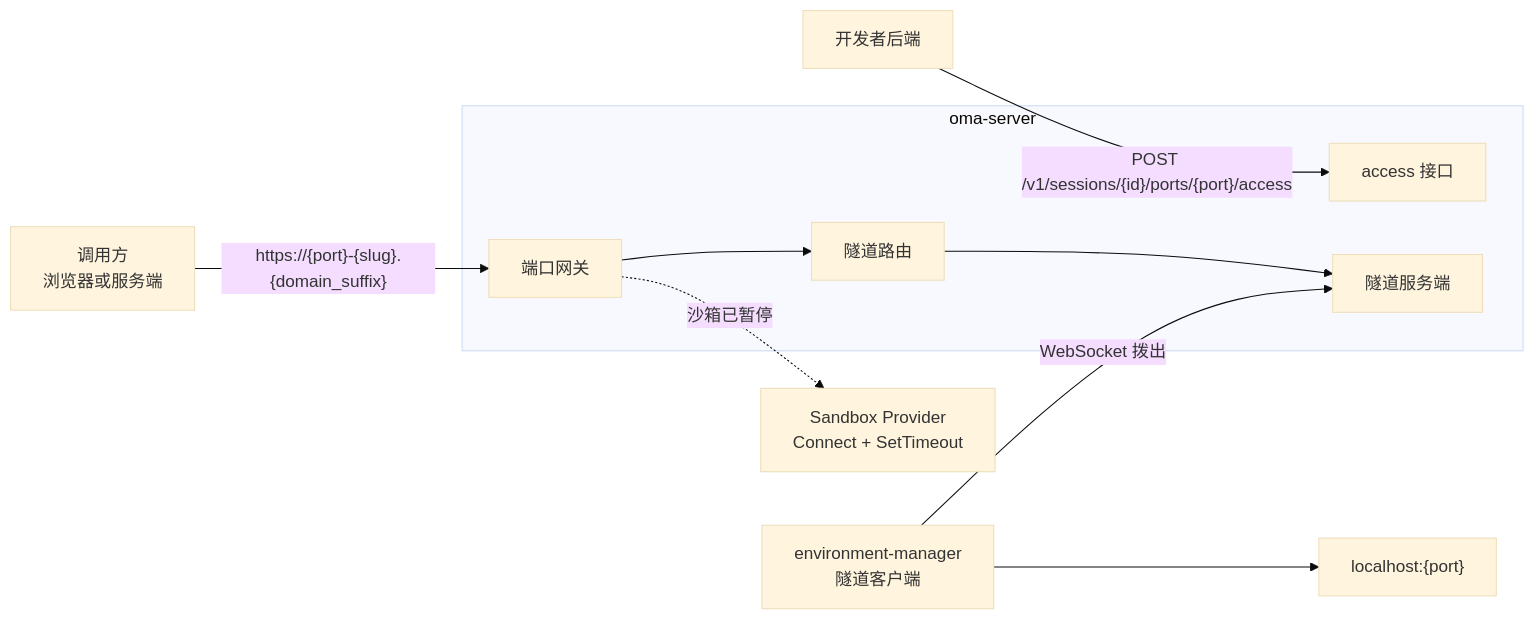
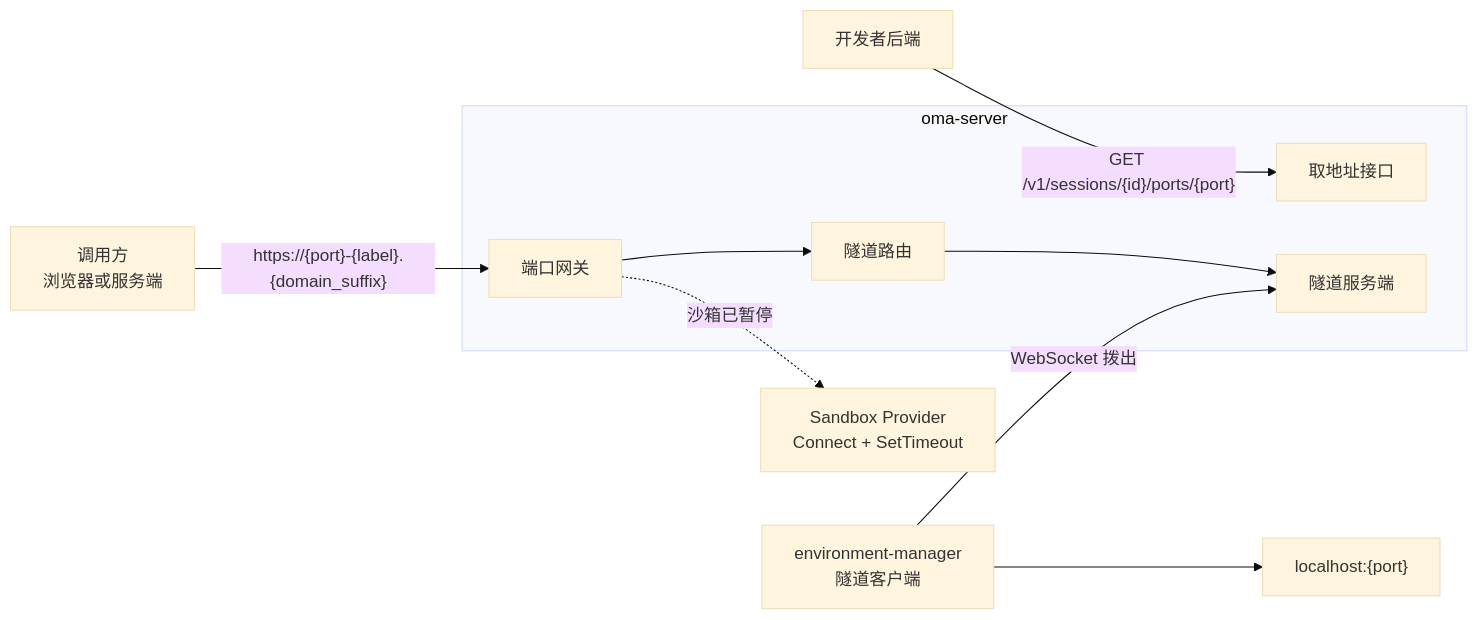
Before and after one commit to superduck-ai/open-managed-agents: the first of 4 diagrams in docs/design/be/session-port-access.md, drawn with Mermaid (base theme). The commit also changed other lines of this file and 30 other files, not shown here.

````diff
--- a/docs/design/be/session-port-access.md
+++ b/docs/design/be/session-port-access.md
@@ -29,13 +29,13 @@
 ```mermaid
 flowchart LR
-    U[调用方<br/>浏览器或服务端] -->|"https://{port}-{slug}.{domain_suffix}"| G[端口网关]
-    D[开发者后端] -->|"POST /v1/sessions/{id}/ports/{port}/access"| A[access 接口]
+    U[调用方<br/>浏览器或服务端] -->|"https://{port}-{label}.{domain_suffix}"| G[端口网关]
+    D[开发者后端] -->|"GET /v1/sessions/{id}/ports/{port}"| A[取地址接口]
     subgraph OMA[oma-server]
         A
         G --> R[隧道路由]
         R --> T[隧道服务端]
     end
     G -.->|沙箱已暂停| P[Sandbox Provider<br/>Connect + SetTimeout]
     EM[environment-manager<br/>隧道客户端] -->|WebSocket 拨出| T
     EM --> L["localhost:{port}"]
 ```
````
